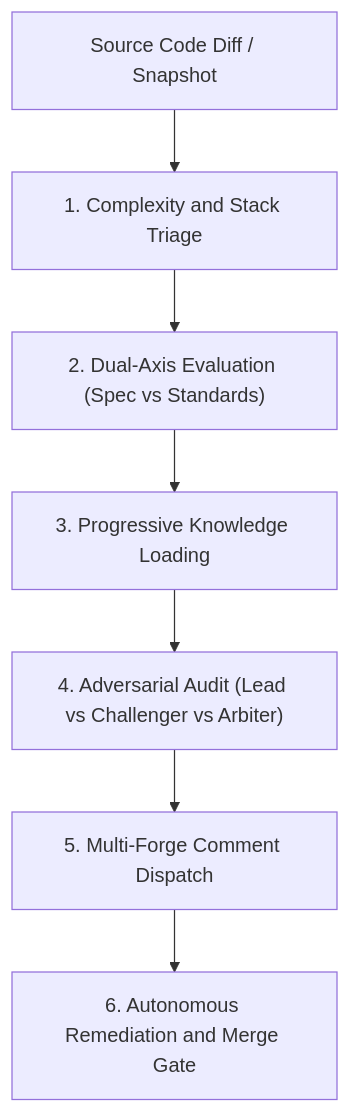
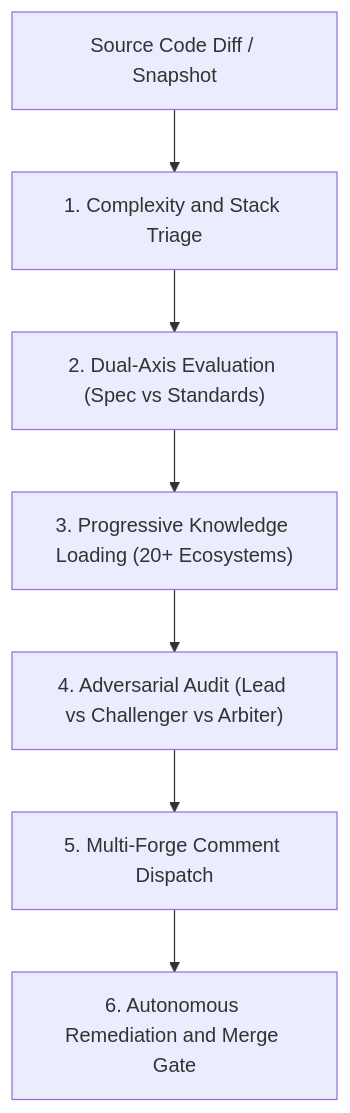
Before and after one commit to Salafite/deep-review: the diagram in README.md, drawn with Mermaid. The commit also changed other lines of this file, not shown here.

Commit message:
docs: update README with new language guides, hook generator, web viewer, and security companion

````diff
--- a/README.md
+++ b/README.md
@@ -98,9 +102,9 @@
 ```mermaid
 flowchart TD
   Diff["Source Code Diff / Snapshot"] --> Triage["1. Complexity and Stack Triage"]
   Triage --> Specs["2. Dual-Axis Evaluation (Spec vs Standards)"]
-  Specs --> Guides["3. Progressive Knowledge Loading"]
+  Specs --> Guides["3. Progressive Knowledge Loading (20+ Ecosystems)"]
   Guides --> Engine["4. Adversarial Audit (Lead vs Challenger vs Arbiter)"]
   Engine --> Delivery["5. Multi-Forge Comment Dispatch"]
   Delivery --> Loop["6. Autonomous Remediation and Merge Gate"]
 ```
````
